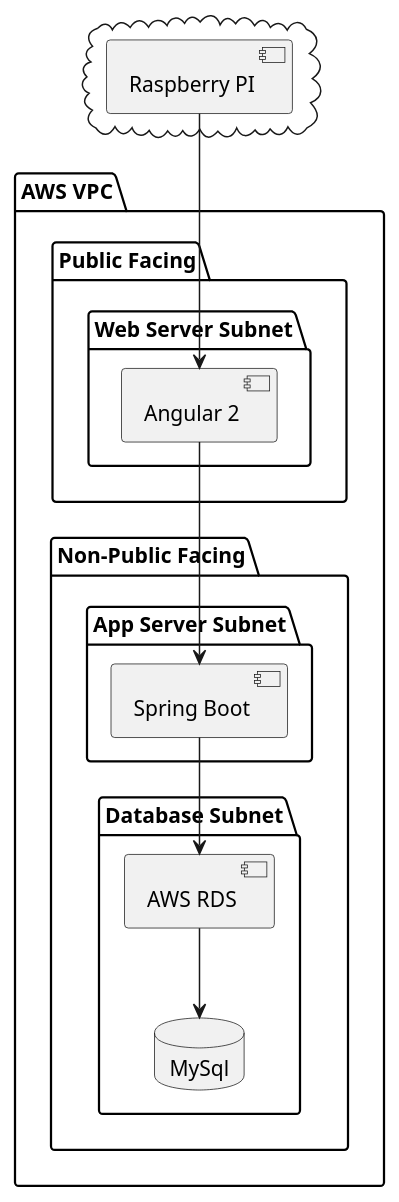
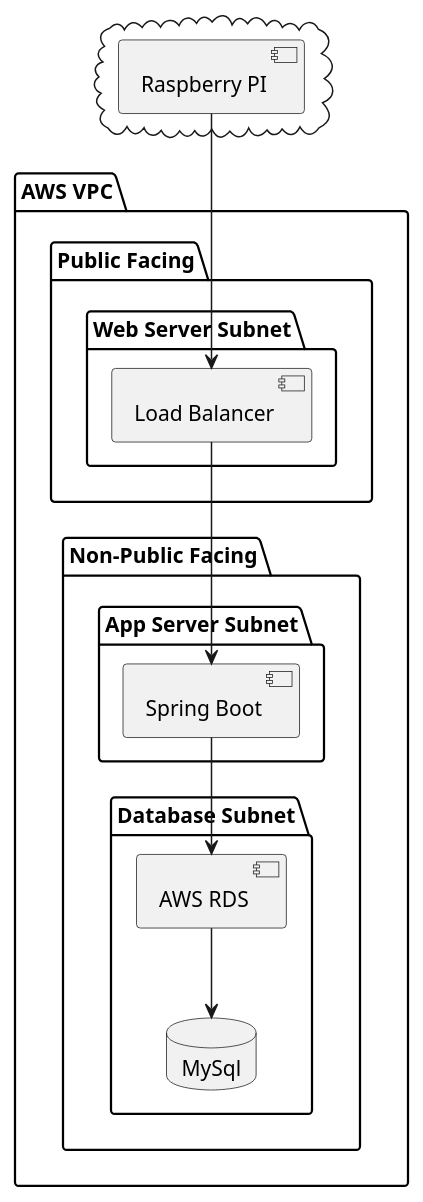
One commit to polinchw/monitorserver changed the diagram in documentation/diagrams/vpc.puml. Above: the diagram before and after it, drawn with PlantUML.

Commit message:
Updated diagram to remove Angular.

```diff
--- a/documentation/diagrams/vpc.puml
+++ b/documentation/diagrams/vpc.puml
@@ -1,31 +1,31 @@
 @startuml
 
 
 package "AWS VPC" {
   folder "Non-Public Facing" {
     folder "Database Subnet" {
         [AWS RDS]  --> MySql
     }
     folder "App Server Subnet" {
         [Spring Boot] --> [AWS RDS]
     }
   }
   folder "Public Facing" {
     folder "Web Server Subnet" {
-       [Angular 2] --> [Spring Boot]
+       [Load Balancer] --> [Spring Boot]
     }
   }
 }
 
 cloud {
   [Raspberry PI]
 }
 
-[Raspberry PI] --> [Angular 2]
+[Raspberry PI] --> [Load Balancer]
 
 database "MySql" {
 
 }
 
 
 @enduml
```
